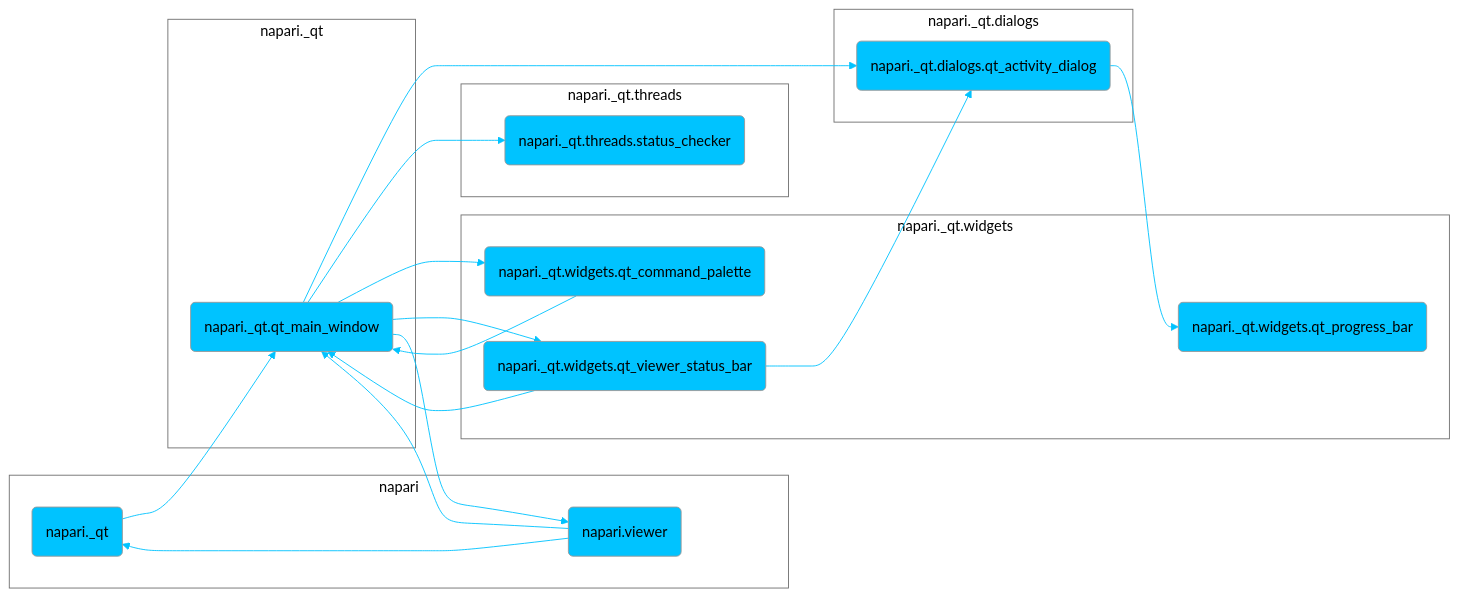
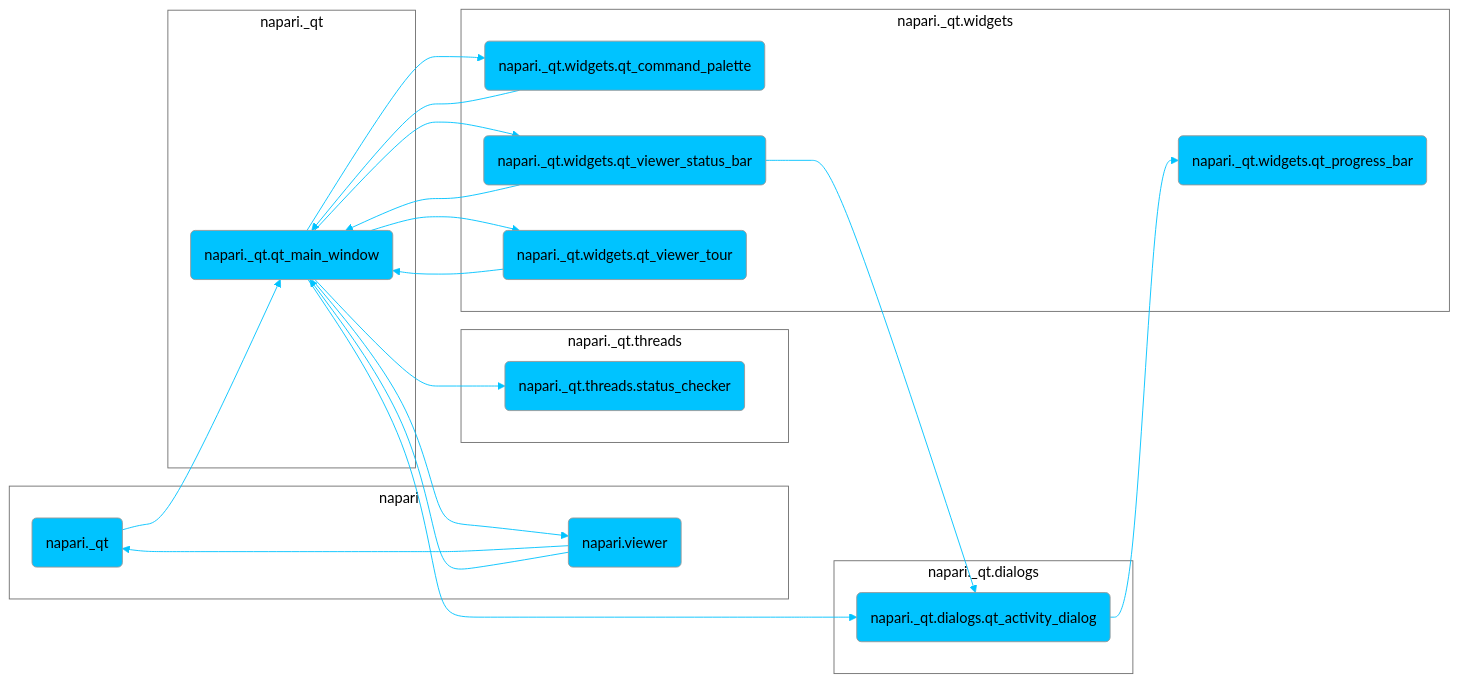
The diagram in dev/_sources/developers/architecture/ui_sections/application_status_bar_ui.md (napari/napari.github.io), drawn with Mermaid (neutral theme) before and after one commit. The commit also changed other lines of this file and 743 other files, not shown here.

````diff
--- a/dev/_sources/developers/architecture/ui_sections/application_status_bar_ui.md
+++ b/dev/_sources/developers/architecture/ui_sections/application_status_bar_ui.md
@@ -3,59 +3,64 @@
 ```{mermaid}
 graph LR
 	accTitle: Dependencies between modules in the napari Application status bar UI section
 	accDescr: Diagram showing the dependencies between the modules involved in the definition of the napari Application status bar UI section
 	napari._qt(napari._qt)
 	napari._qt --> napari._qt.qt_main_window
 	click napari._qt "https://github.com/napari/napari/tree/main/napari/_qt/__init__.py" _blank
 	napari._qt.dialogs.qt_activity_dialog(napari._qt.dialogs.qt_activity_dialog)
 	napari._qt.dialogs.qt_activity_dialog --> napari._qt.widgets.qt_progress_bar
 	click napari._qt.dialogs.qt_activity_dialog "https://github.com/napari/napari/tree/main/napari/_qt/dialogs/qt_activity_dialog.py" _blank
 	napari._qt.qt_main_window(napari._qt.qt_main_window)
 	napari._qt.qt_main_window --> napari._qt.dialogs.qt_activity_dialog
 	napari._qt.qt_main_window --> napari._qt.threads.status_checker
 	napari._qt.qt_main_window --> napari._qt.widgets.qt_command_palette
 	napari._qt.qt_main_window --> napari._qt.widgets.qt_viewer_status_bar
+	napari._qt.qt_main_window --> napari._qt.widgets.qt_viewer_tour
 	napari._qt.qt_main_window --> napari.viewer
 	click napari._qt.qt_main_window "https://github.com/napari/napari/tree/main/napari/_qt/qt_main_window.py" _blank
 	napari._qt.threads.status_checker(napari._qt.threads.status_checker)
 	click napari._qt.threads.status_checker "https://github.com/napari/napari/tree/main/napari/_qt/threads/status_checker.py" _blank
 	napari._qt.widgets.qt_command_palette(napari._qt.widgets.qt_command_palette)
 	napari._qt.widgets.qt_command_palette --> napari._qt.qt_main_window
 	click napari._qt.widgets.qt_command_palette "https://github.com/napari/napari/tree/main/napari/_qt/widgets/qt_command_palette.py" _blank
 	napari._qt.widgets.qt_progress_bar(napari._qt.widgets.qt_progress_bar)
 	click napari._qt.widgets.qt_progress_bar "https://github.com/napari/napari/tree/main/napari/_qt/widgets/qt_progress_bar.py" _blank
 	napari._qt.widgets.qt_viewer_status_bar(napari._qt.widgets.qt_viewer_status_bar)
 	napari._qt.widgets.qt_viewer_status_bar --> napari._qt.dialogs.qt_activity_dialog
 	napari._qt.widgets.qt_viewer_status_bar --> napari._qt.qt_main_window
 	click napari._qt.widgets.qt_viewer_status_bar "https://github.com/napari/napari/tree/main/napari/_qt/widgets/qt_viewer_status_bar.py" _blank
+	napari._qt.widgets.qt_viewer_tour(napari._qt.widgets.qt_viewer_tour)
+	napari._qt.widgets.qt_viewer_tour --> napari._qt.qt_main_window
+	click napari._qt.widgets.qt_viewer_tour "https://github.com/napari/napari/tree/main/napari/_qt/widgets/qt_viewer_tour.py" _blank
 	napari.viewer(napari.viewer)
 	napari.viewer --> napari._qt
 	napari.viewer --> napari._qt.qt_main_window
 	click napari.viewer "https://github.com/napari/napari/tree/main/napari/viewer.py" _blank
 	subgraph module.napari[napari]
 		 napari._qt
 		 napari.viewer
 	end
 	class module.napari subgraphs
 	subgraph module.napari._qt.dialogs[napari._qt.dialogs]
 		 napari._qt.dialogs.qt_activity_dialog
 	end
 	class module.napari._qt.dialogs subgraphs
 	subgraph module.napari._qt[napari._qt]
 		 napari._qt.qt_main_window
 	end
 	class module.napari._qt subgraphs
 	subgraph module.napari._qt.threads[napari._qt.threads]
 		 napari._qt.threads.status_checker
 	end
 	class module.napari._qt.threads subgraphs
 	subgraph module.napari._qt.widgets[napari._qt.widgets]
 		 napari._qt.widgets.qt_command_palette
 		 napari._qt.widgets.qt_progress_bar
 		 napari._qt.widgets.qt_viewer_status_bar
+		 napari._qt.widgets.qt_viewer_tour
 	end
 	class module.napari._qt.widgets subgraphs
 	classDef subgraphs fill:white,strock:black,color:black;	classDef default fill:#00c3ff,color:black;
 	linkStyle default stroke:#00c3ff
 	classDef external fill:#ffa600,color:black;
 ```
````
